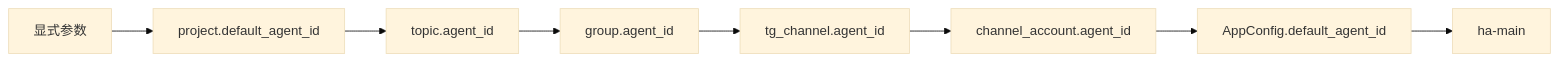
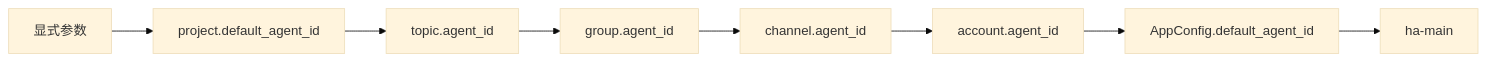
Before and after one commit to shiwenwen/hope-agent: the seventh of 10 diagrams in docs/architecture/im-channel.md, drawn with Mermaid (base theme). The commit also changed other lines of this file and 1 other file, not shown here.

First line of the commit message:
🦭docs: 巨无霸 tool-system / im-channel 按新标准重做

````diff
--- a/docs/architecture/im-channel.md
+++ b/docs/architecture/im-channel.md
@@ -828,5 +583,5 @@
-  ```mermaid
-  flowchart LR
-      A["显式参数"] --> B["project.default_agent_id"] --> C["topic.agent_id"] --> D["group.agent_id"]
-      D --> E["tg_channel.agent_id"] --> F["channel_account.agent_id"] --> G["AppConfig.default_agent_id"] --> H["ha-main"]
-  ```
+```mermaid
+flowchart LR
+    A["显式参数"] --> B["project.default_agent_id"] --> C["topic.agent_id"] --> D["group.agent_id"]
+    D --> E["channel.agent_id"] --> F["account.agent_id"] --> G["AppConfig.default_agent_id"] --> H["ha-main"]
+```
````
